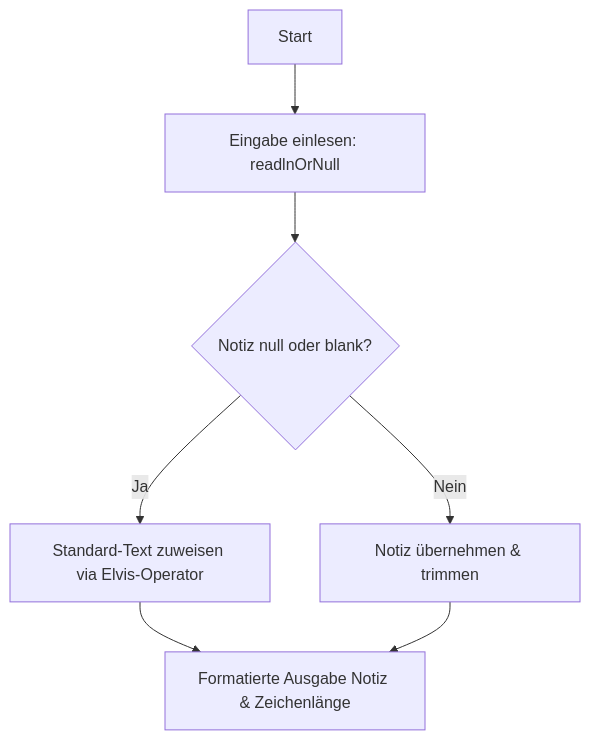
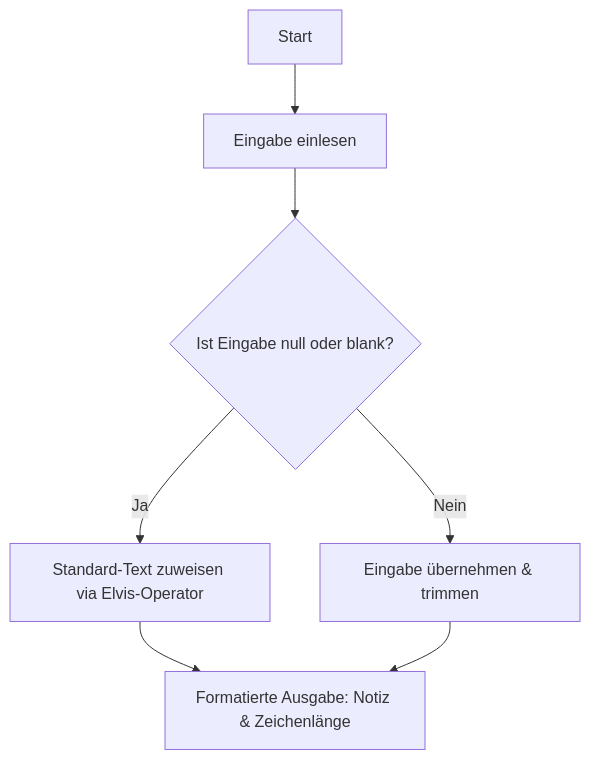
Before and after one commit to thorstenkloehn/Anfaenger: the first of 4 diagrams in rust-projekte/src/kotlin-phase1.md, drawn with Mermaid. The commit also changed other lines of this file, not shown here.

````diff
--- a/rust-projekte/src/kotlin-phase1.md
+++ b/rust-projekte/src/kotlin-phase1.md
@@ -28,9 +41,9 @@
 ```mermaid
 graph TD
-    A[Start] --> B[Eingabe einlesen: readlnOrNull]
-    B --> C{Notiz null oder blank?}
+    A[Start] --> B[Eingabe einlesen]
+    B --> C{Ist Eingabe null oder blank?}
     C -- Ja --> D[Standard-Text zuweisen via Elvis-Operator]
-    C -- Nein --> E[Notiz übernehmen & trimmen]
-    D --> F[Formatierte Ausgabe Notiz & Zeichenlänge]
+    C -- Nein --> E[Eingabe übernehmen & trimmen]
+    D --> F[Formatierte Ausgabe: Notiz & Zeichenlänge]
     E --> F
 ```
````
